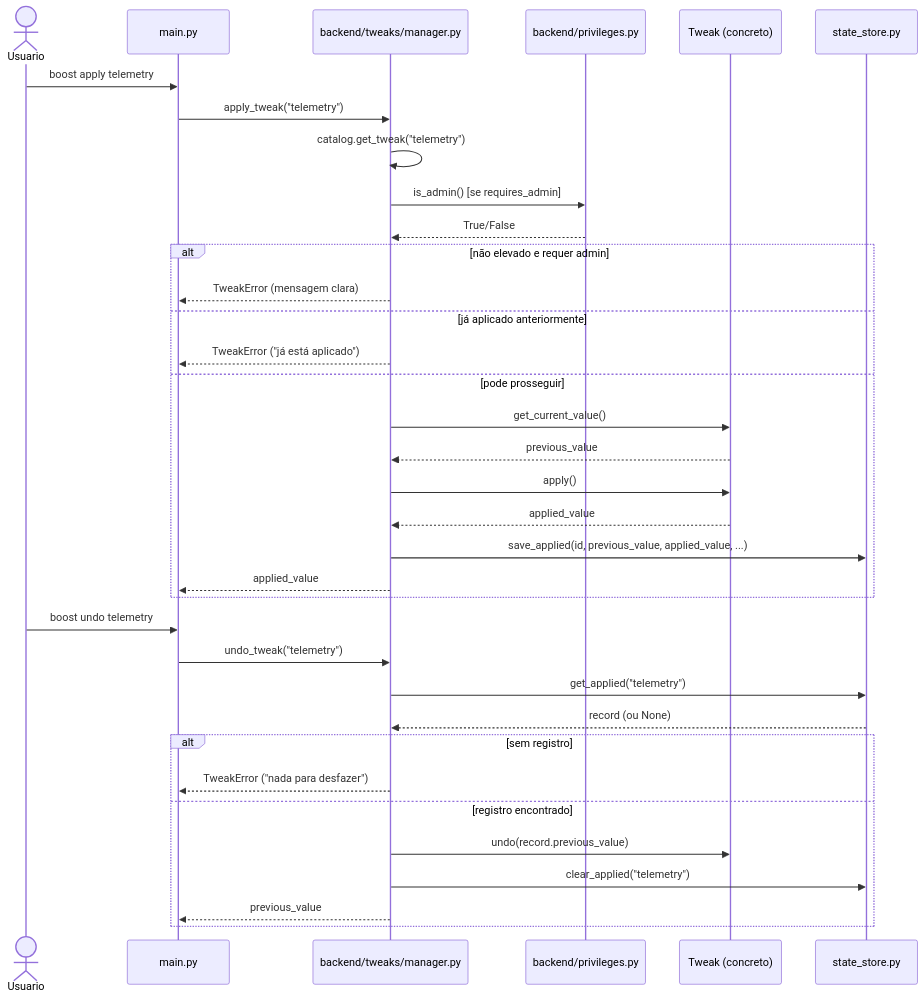
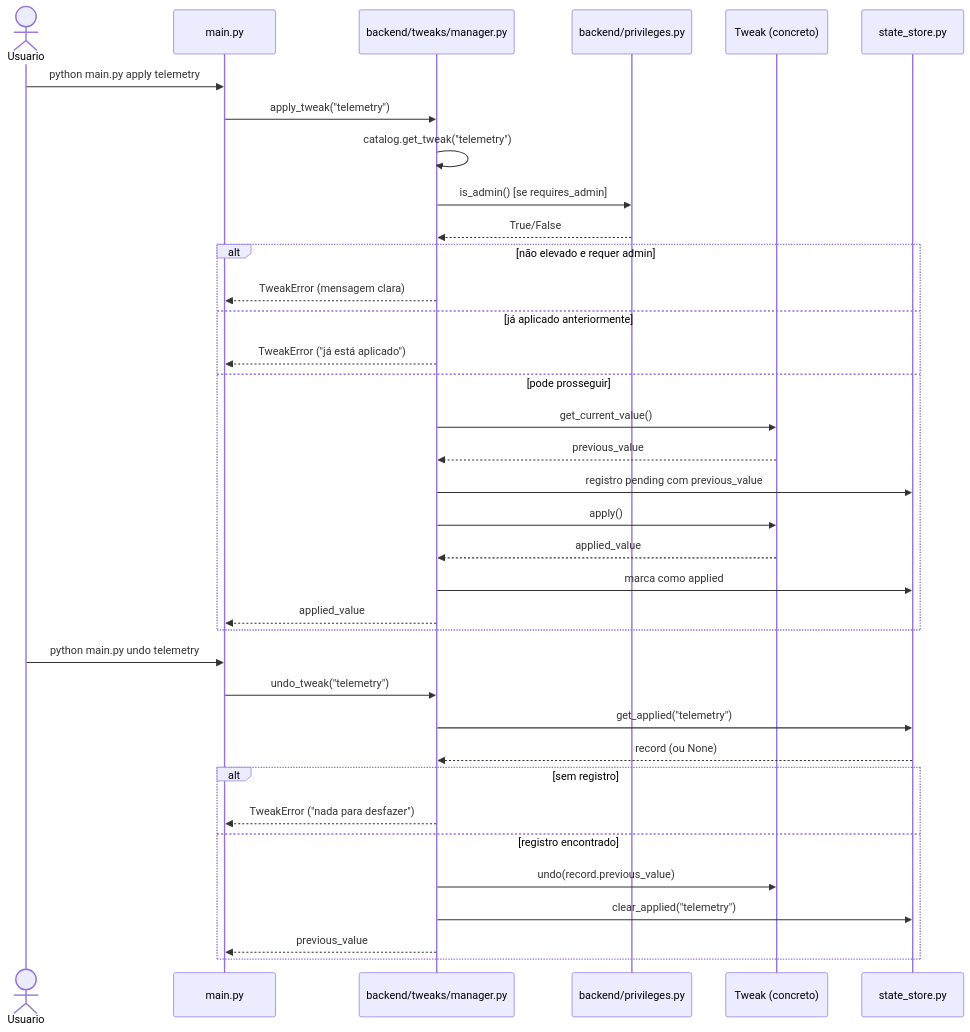
The fourth of 5 diagrams in docs/funcionamento.md (Grolla05/System_Boost), drawn with Mermaid before and after one commit. The commit also changed other lines of this file and 36 other files, not shown here.

````diff
--- a/docs/funcionamento.md
+++ b/docs/funcionamento.md
@@ -223,39 +234,40 @@
 ```mermaid
 sequenceDiagram
     actor Usuario
     participant Main as main.py
     participant Manager as backend/tweaks/manager.py
     participant Privs as backend/privileges.py
     participant Tweak as Tweak (concreto)
     participant State as state_store.py
 
-    Usuario->>Main: boost apply telemetry
+    Usuario->>Main: python main.py apply telemetry
     Main->>Manager: apply_tweak("telemetry")
     Manager->>Manager: catalog.get_tweak("telemetry")
     Manager->>Privs: is_admin() [se requires_admin]
     Privs-->>Manager: True/False
     alt não elevado e requer admin
         Manager-->>Main: TweakError (mensagem clara)
     else já aplicado anteriormente
         Manager-->>Main: TweakError ("já está aplicado")
     else pode prosseguir
         Manager->>Tweak: get_current_value()
         Tweak-->>Manager: previous_value
+        Manager->>State: registro pending com previous_value
         Manager->>Tweak: apply()
         Tweak-->>Manager: applied_value
-        Manager->>State: save_applied(id, previous_value, applied_value, ...)
+        Manager->>State: marca como applied
         Manager-->>Main: applied_value
     end
 
-    Usuario->>Main: boost undo telemetry
+    Usuario->>Main: python main.py undo telemetry
     Main->>Manager: undo_tweak("telemetry")
     Manager->>State: get_applied("telemetry")
     State-->>Manager: record (ou None)
     alt sem registro
         Manager-->>Main: TweakError ("nada para desfazer")
     else registro encontrado
         Manager->>Tweak: undo(record.previous_value)
         Manager->>State: clear_applied("telemetry")
         Manager-->>Main: previous_value
     end
 ```
````
